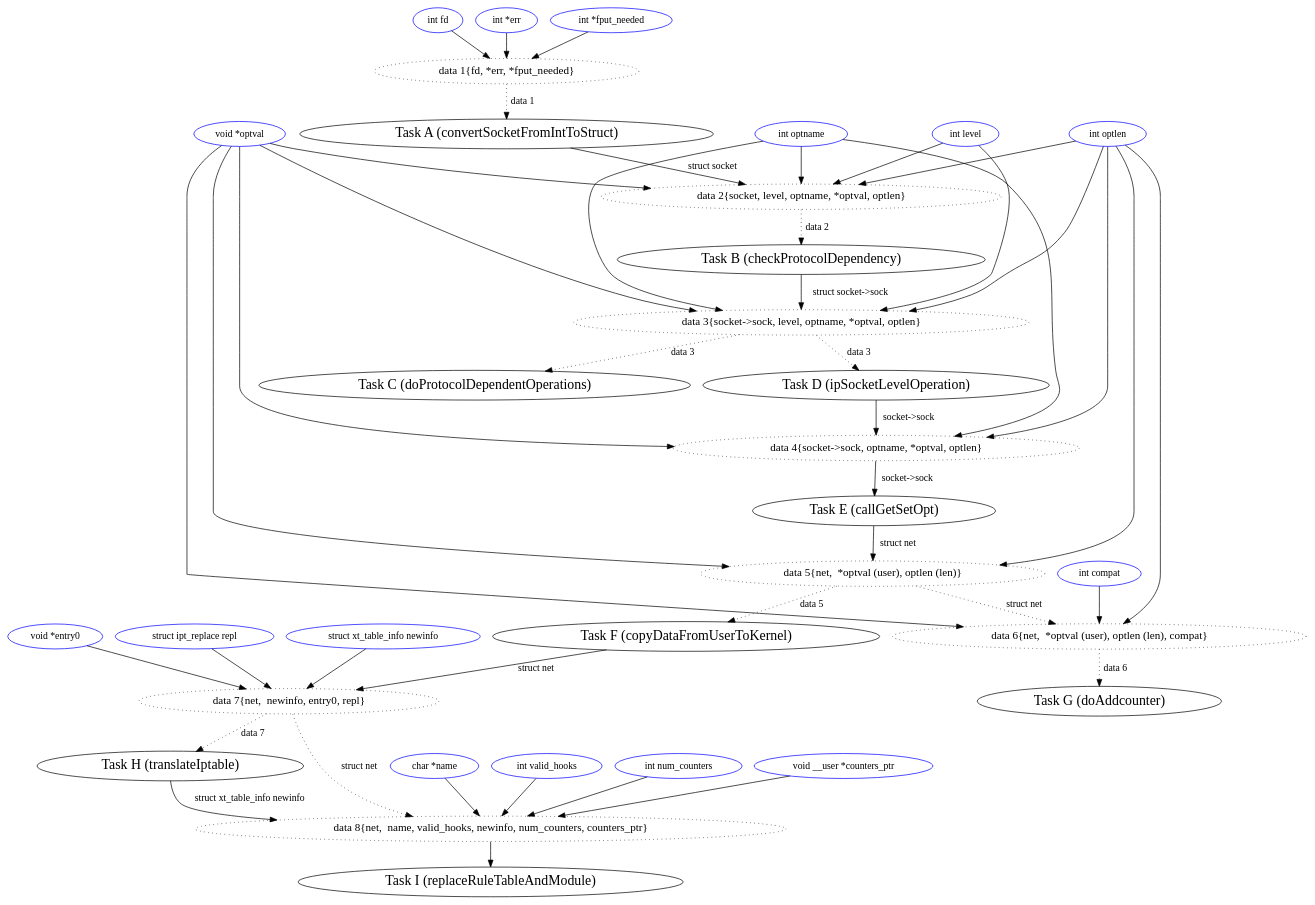
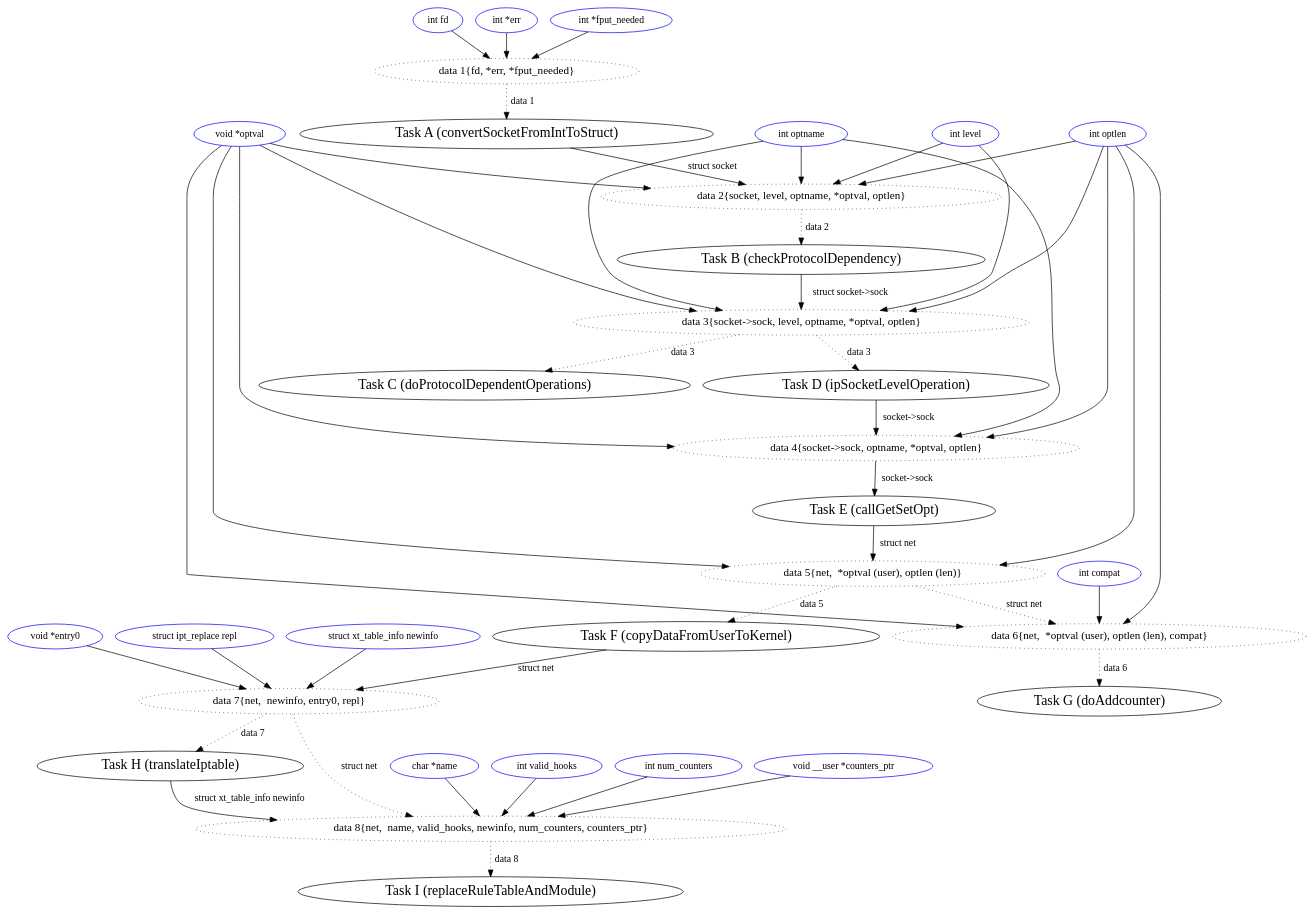
The diagram in Example2/example2.dot (Samuel-Oglegba/Research-Examples), drawn with Graphviz before and after one commit.

Commit message:
update on dot

```diff
--- a/Example2/example2.dot
+++ b/Example2/example2.dot
@@ -1,99 +1,99 @@
 digraph callgraph {
 "int fd" [color=blue, fontsize=14, width=0.5];
 "int *err" [color=blue, fontsize=14, width=0.5];
 "int *fput_needed" [color=blue, fontsize=14, width=0.5];
 "data 1{fd, *err, *fput_needed}"[style=dotted, fontsize=16, width=0.5];
 
 "int fd" -> "data 1{fd, *err, *fput_needed}";
 "int *err" -> "data 1{fd, *err, *fput_needed}";
 "int *fput_needed" -> "data 1{fd, *err, *fput_needed}";
 
 "data 1{fd, *err, *fput_needed}"->"Task A (convertSocketFromIntToStruct)"  [label="data 1", style=dotted];
 
 
 "int level" [color=blue, fontsize=14, width=0.5];
 "int optname" [color=blue, fontsize=14, width=0.5];
 "void *optval" [color=blue, fontsize=14, width=0.5];
 "int optlen" [color=blue, fontsize=14, width=0.5];
 "data 2{socket, level, optname, *optval, optlen}" [style=dotted, fontsize=16, width=0.5];
 
 "Task A (convertSocketFromIntToStruct)" [fontsize=20, width=0.5];
 "Task A (convertSocketFromIntToStruct)" -> "data 2{socket, level, optname, *optval, optlen}"  [label="struct socket"];
 "int level" -> "data 2{socket, level, optname, *optval, optlen}";
 "int optname" -> "data 2{socket, level, optname, *optval, optlen}";
 "void *optval" -> "data 2{socket, level, optname, *optval, optlen}";
 "int optlen" -> "data 2{socket, level, optname, *optval, optlen}";
 
 "Task B (checkProtocolDependency)"  [fontsize=20, width=0.5];
 "data 2{socket, level, optname, *optval, optlen}" -> "Task B (checkProtocolDependency)"  [label="data 2", style=dotted];
 
 
 "Task C (doProtocolDependentOperations)" [fontsize=20, width=0.5];
 "data 3{socket->sock, level, optname, *optval, optlen}" [style=dotted, fontsize=16, width=0.5];
 "Task B (checkProtocolDependency)" -> "data 3{socket->sock, level, optname, *optval, optlen}"  [label="struct socket->sock"];
 "int level" -> "data 3{socket->sock, level, optname, *optval, optlen}";
 "int optname" -> "data 3{socket->sock, level, optname, *optval, optlen}";
 "void *optval" -> "data 3{socket->sock, level, optname, *optval, optlen}";
 "int optlen" -> "data 3{socket->sock, level, optname, *optval, optlen}";
 "data 3{socket->sock, level, optname, *optval, optlen}" -> "Task C (doProtocolDependentOperations)" [label="data 3", style=dotted];
 
 "Task D (ipSocketLevelOperation)" [fontsize=20, width=0.5];
 "data 3{socket->sock, level, optname, *optval, optlen}" -> "Task D (ipSocketLevelOperation)" [label="data 3", style=dotted];
 
 
 "Task E (callGetSetOpt)" [fontsize=20, width=0.5];
 "data 4{socket->sock, optname, *optval, optlen}" [style=dotted, fontsize=16, width=0.5];
 "Task D (ipSocketLevelOperation)" -> "data 4{socket->sock, optname, *optval, optlen}" [label="socket->sock"];
 "int optname" -> "data 4{socket->sock, optname, *optval, optlen}";
 "void *optval" -> "data 4{socket->sock, optname, *optval, optlen}";
 "int optlen" -> "data 4{socket->sock, optname, *optval, optlen}";
 "data 4{socket->sock, optname, *optval, optlen}" -> "Task E (callGetSetOpt)" [label="socket->sock"];
 
 
 "Task F (copyDataFromUserToKernel)" [fontsize=20, width=0.5];
 "data 5{net,  *optval (user), optlen (len)}" [style=dotted, fontsize=16, width=0.5];
 "Task E (callGetSetOpt)" -> "data 5{net,  *optval (user), optlen (len)}"  [label="struct net"];
 "void *optval" -> "data 5{net,  *optval (user), optlen (len)}"
 "int optlen" -> "data 5{net,  *optval (user), optlen (len)}"
 "data 5{net,  *optval (user), optlen (len)}"-> "Task F (copyDataFromUserToKernel)" [label="data 5", style=dotted];
 
 
 "data 6{net,  *optval (user), optlen (len), compat}" [style=dotted, fontsize=16, width=0.5];
 "int compat"[color=blue, fontsize=14, width=0.5];
 "int compat" -> "data 6{net,  *optval (user), optlen (len), compat}";
 "void *optval" -> "data 6{net,  *optval (user), optlen (len), compat}";
 "int optlen" -> "data 6{net,  *optval (user), optlen (len), compat}";
 "data 5{net,  *optval (user), optlen (len)}" -> "data 6{net,  *optval (user), optlen (len), compat}" [label="struct net", style=dotted];
 
 "Task G (doAddcounter)" [fontsize=20, width=0.5];
 "data 6{net,  *optval (user), optlen (len), compat}" -> "Task G (doAddcounter)" [label="data 6",style=dotted];
 
 "data 7{net,  newinfo, entry0, repl}"[style=dotted, fontsize=16, width=0.5];
 "struct xt_table_info newinfo" [color=blue, fontsize=14, width=0.5];
 "void *entry0" [color=blue, fontsize=14, width=0.5];
 "struct ipt_replace repl" [color=blue, fontsize=14, width=0.5];
 "Task F (copyDataFromUserToKernel)" -> "data 7{net,  newinfo, entry0, repl}" [label="struct net"];
 "struct xt_table_info newinfo" -> "data 7{net,  newinfo, entry0, repl}" 
 "void *entry0" -> "data 7{net,  newinfo, entry0, repl}" 
 "struct ipt_replace repl" -> "data 7{net,  newinfo, entry0, repl}" 
 
 "Task H (translateIptable)" [fontsize=20, width=0.5];
 "data 7{net,  newinfo, entry0, repl}" -> "Task H (translateIptable)" [label="data 7", style=dotted];
 
 "data 8{net,  name, valid_hooks, newinfo, num_counters, counters_ptr}" [style=dotted, fontsize=16, width=0.5];
 "char *name" [color=blue, fontsize=14, width=0.5];
 "int valid_hooks" [color=blue, fontsize=14, width=0.5];
 "int num_counters" [color=blue, fontsize=14, width=0.5];
 "void __user *counters_ptr" [color=blue, fontsize=14, width=0.5];
 
 "data 8{net,  name, valid_hooks, newinfo, num_counters, counters_ptr}" [style=dotted, fontsize=16, width=0.5];
 "Task H (translateIptable)" -> "data 8{net,  name, valid_hooks, newinfo, num_counters, counters_ptr}"  [label="struct xt_table_info newinfo"];
 "char *name" -> "data 8{net,  name, valid_hooks, newinfo, num_counters, counters_ptr}" ;
 "int valid_hooks"-> "data 8{net,  name, valid_hooks, newinfo, num_counters, counters_ptr}" ;
 "int num_counters" -> "data 8{net,  name, valid_hooks, newinfo, num_counters, counters_ptr}";
 "void __user *counters_ptr" -> "data 8{net,  name, valid_hooks, newinfo, num_counters, counters_ptr}";
 "data 7{net,  newinfo, entry0, repl}"  -> "data 8{net,  name, valid_hooks, newinfo, num_counters, counters_ptr}" [label="struct net", style=dotted];
 
 "Task I (replaceRuleTableAndModule)" [fontsize=20, width=0.5];
-"data 8{net,  name, valid_hooks, newinfo, num_counters, counters_ptr}" -> "Task I (replaceRuleTableAndModule)" [fontsize=1, width=0.5];
+"data 8{net,  name, valid_hooks, newinfo, num_counters, counters_ptr}" -> "Task I (replaceRuleTableAndModule)" [label="data 8",style=dotted];
 }
```
